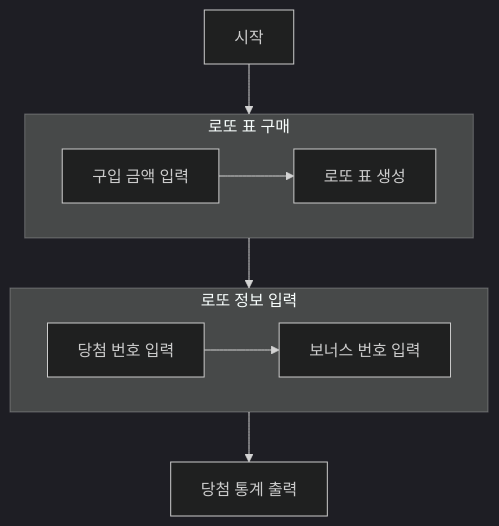
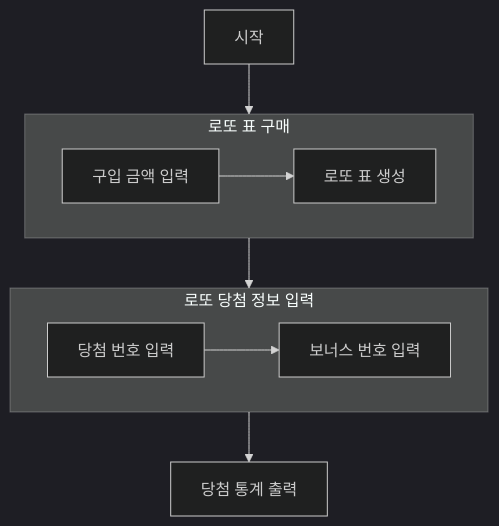
Before and after one commit to woowacourse-precourse/java-lotto-6: the diagram in docs/README.md, drawn with Mermaid (dark theme). The commit also changed other lines of this file, not shown here.

Commit message:
docs: 애매한 표현 수정

````diff
--- a/docs/README.md
+++ b/docs/README.md
@@ -3,12 +3,12 @@
 ```mermaid
 flowchart TB
 start[시작] --> buy
 subgraph buy[로또 표 구매]
         inputMoney[구입 금액 입력] --> generateLottoTickets[로또 표 생성]
 end
-buy --> inputLottoInformation
-subgraph inputLottoInformation [로또 정보 입력]
+buy --> inputWinningLottoInformation
+subgraph inputWinningLottoInformation [로또 당첨 정보 입력]
     inputWinningNumber[당첨 번호 입력] --> inputBonusNumber[보너스 번호 입력]
 end
-inputLottoInformation --> printResult[당첨 통계 출력]
+inputWinningLottoInformation --> printResult[당첨 통계 출력]
 ```
````
